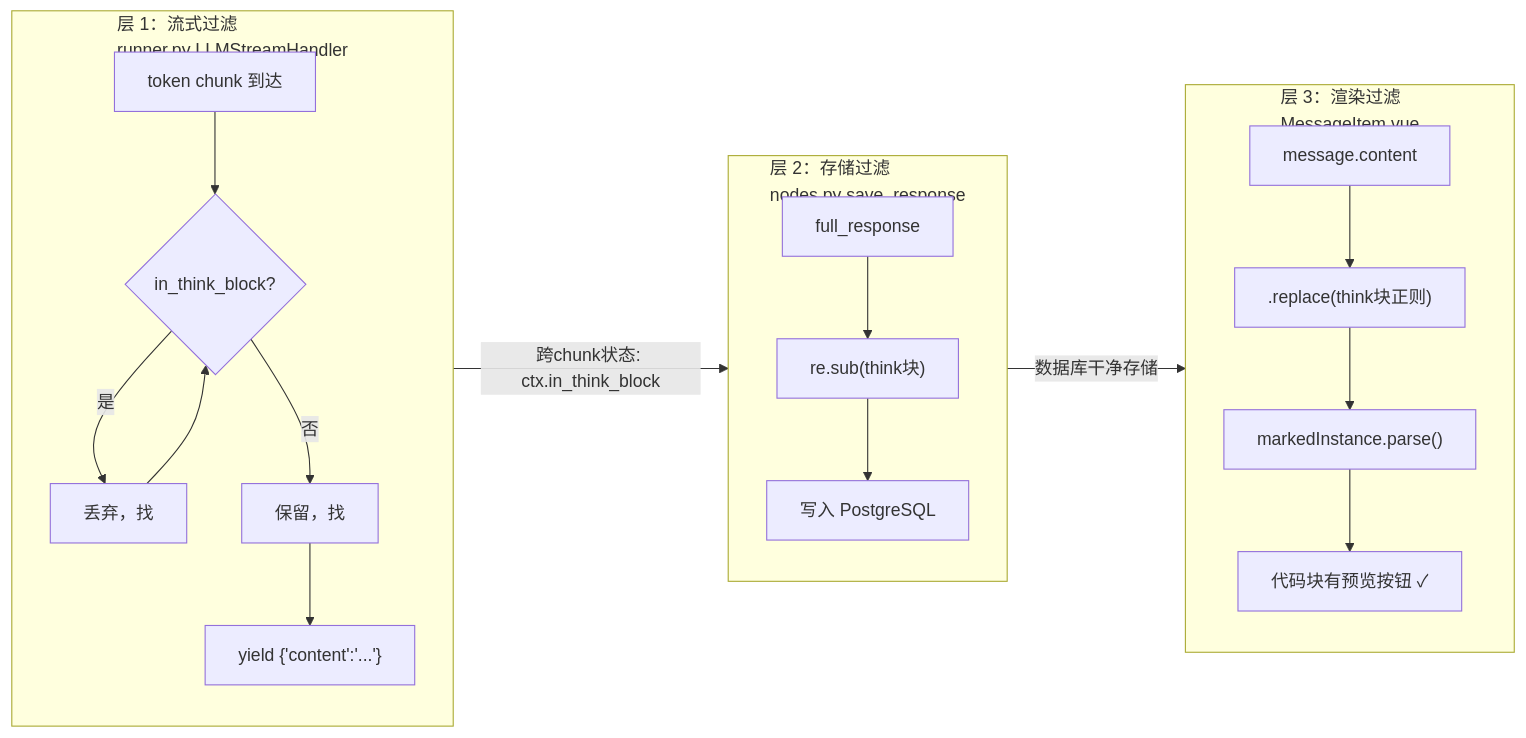
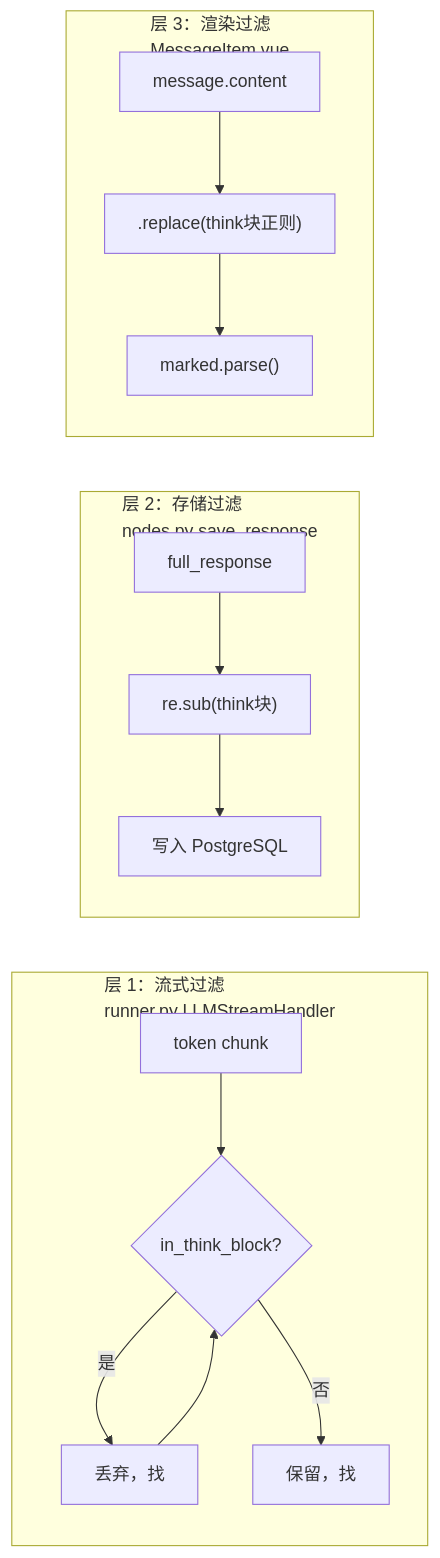
Diagram 11 of 13 in llm-chat/backend/README.md (toolclub/wechat), drawn with Mermaid before and after one commit. The commit also changed other lines of this file and 38 other files, not shown here.

````diff
--- a/llm-chat/backend/README.md
+++ b/llm-chat/backend/README.md
@@ -461,34 +376,16 @@
 ```mermaid
 flowchart LR
     subgraph L1["层 1：流式过滤\nrunner.py LLMStreamHandler"]
-        direction TB
-        T1["token chunk 到达"]
-        T2{"in_think_block?"}
-        T3["丢弃，找 </think>"]
-        T4["保留，找 <think>"]
-        T5["yield {'content':'...'}"]
-        T1 --> T2
-        T2 -->|是| T3 --> T2
-        T2 -->|否| T4 --> T5
+        T1["token chunk"] --> T2{"in_think_block?"}
+        T2 -->|是| T3["丢弃，找 </think>"] --> T2
+        T2 -->|否| T4["保留，找 <think>"]
     end
 
     subgraph L2["层 2：存储过滤\nnodes.py save_response"]
-        direction TB
-        S1["full_response"]
-        S2["re.sub(think块)"]
-        S3["写入 PostgreSQL"]
-        S1 --> S2 --> S3
+        S1["full_response"] --> S2["re.sub(think块)"] --> S3["写入 PostgreSQL"]
     end
 
     subgraph L3["层 3：渲染过滤\nMessageItem.vue"]
-        direction TB
-        V1["message.content"]
-        V2[".replace(think块正则)"]
-        V3["markedInstance.parse()"]
-        V4["代码块有预览按钮 ✓"]
-        V1 --> V2 --> V3 --> V4
+        V1["message.content"] --> V2[".replace(think块正则)"] --> V3["marked.parse()"]
     end
-
-    L1 -->|跨chunk状态: ctx.in_think_block| L2
-    L2 -->|数据库干净存储| L3
 ```
````
